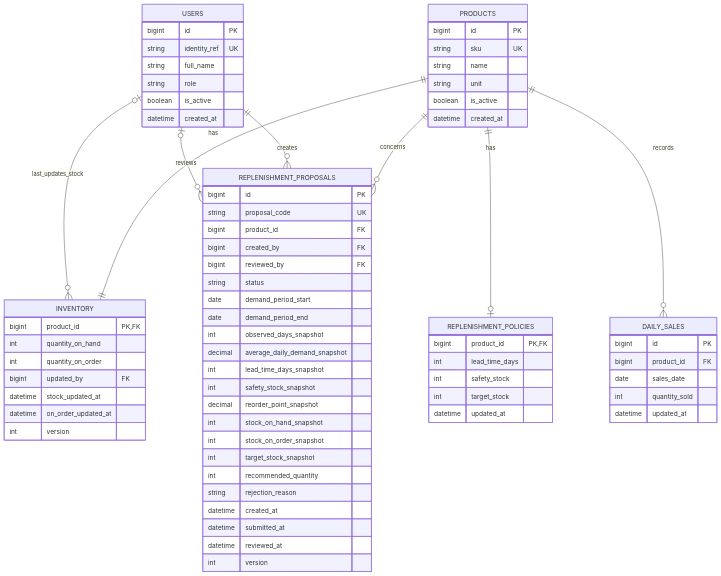
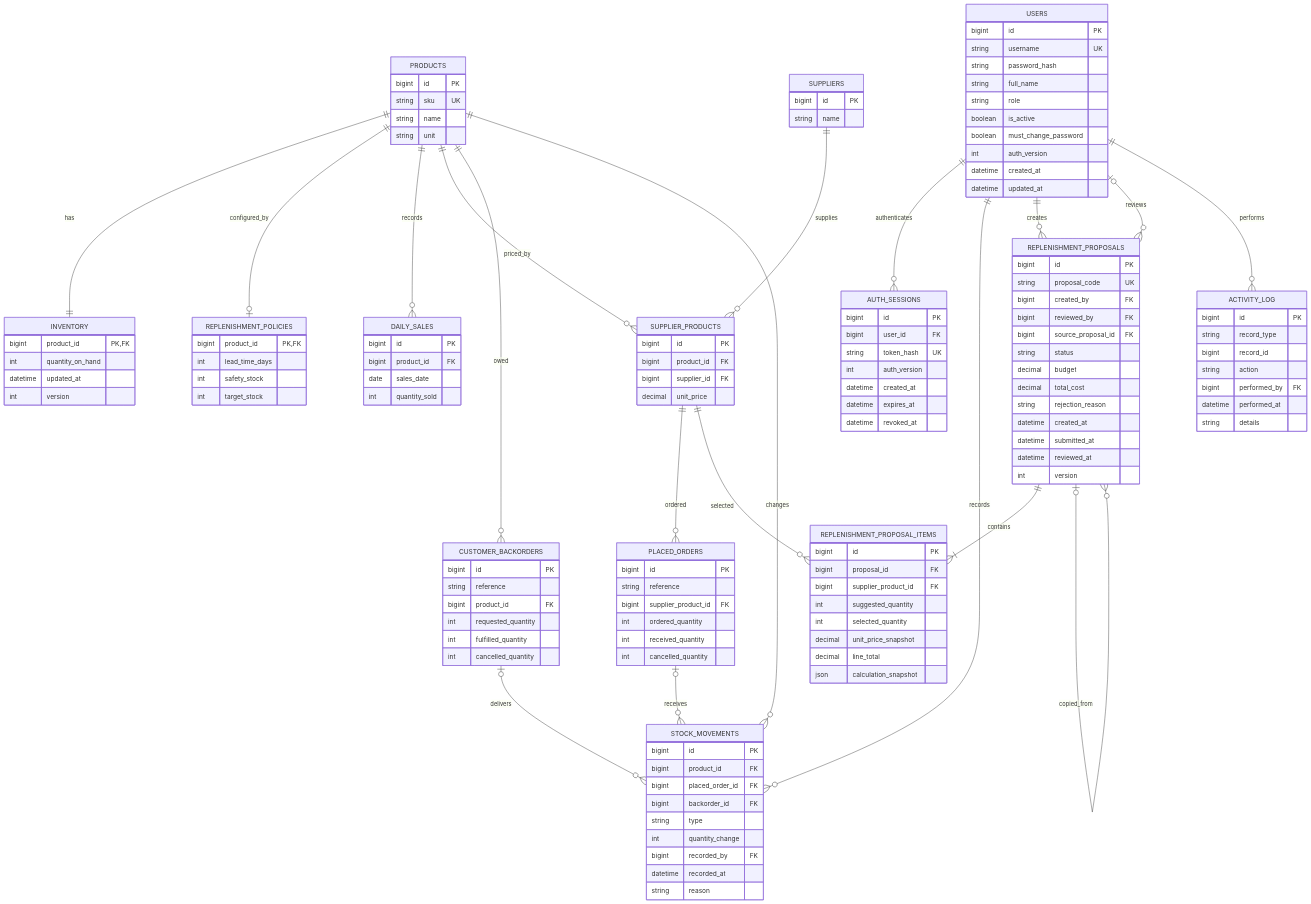
The diagram in docs/database/DATABASE_DESIGN.md (Hoang-H-Nguyen/Inventory-Management), drawn with Mermaid before and after one commit. The commit also changed other lines of this file and 57 other files, not shown here.

Commit message:
feat: update project requirements, us, information architecture, ui/ux, etc. add c4 architecture

````diff
--- a/docs/database/DATABASE_DESIGN.md
+++ b/docs/database/DATABASE_DESIGN.md
@@ -26,79 +37,138 @@
-```mermaid
+~~~mermaid
 erDiagram
     USERS {
         bigint id PK
-        string identity_ref UK
+        string username UK
+        string password_hash
         string full_name
         string role
         boolean is_active
+        boolean must_change_password
+        int auth_version
         datetime created_at
+        datetime updated_at
     }
-
+    AUTH_SESSIONS {
+        bigint id PK
+        bigint user_id FK
+        string token_hash UK
+        int auth_version
+        datetime created_at
+        datetime expires_at
+        datetime revoked_at
+    }
     PRODUCTS {
         bigint id PK
         string sku UK
         string name
         string unit
-        boolean is_active
-        datetime created_at
     }
-
     INVENTORY {
         bigint product_id PK, FK
         int quantity_on_hand
-        int quantity_on_order
-        bigint updated_by FK
-        datetime stock_updated_at
-        datetime on_order_updated_at
+        datetime updated_at
         int version
     }
-
     REPLENISHMENT_POLICIES {
         bigint product_id PK, FK
         int lead_time_days
         int safety_stock
         int target_stock
-        datetime updated_at
     }
-
     DAILY_SALES {
         bigint id PK
         bigint product_id FK
         date sales_date
         int quantity_sold
-        datetime updated_at
     }
-
+    SUPPLIERS {
+        bigint id PK
+        string name
+    }
+    SUPPLIER_PRODUCTS {
+        bigint id PK
+        bigint product_id FK
+        bigint supplier_id FK
+        decimal unit_price
+    }
+    PLACED_ORDERS {
+        bigint id PK
+        string reference
+        bigint supplier_product_id FK
+        int ordered_quantity
+        int received_quantity
+        int cancelled_quantity
+    }
+    CUSTOMER_BACKORDERS {
+        bigint id PK
+        string reference
+        bigint product_id FK
+        int requested_quantity
+        int fulfilled_quantity
+        int cancelled_quantity
+    }
+    STOCK_MOVEMENTS {
+        bigint id PK
+        bigint product_id FK
+        bigint placed_order_id FK
+        bigint backorder_id FK
+        string type
+        int quantity_change
+        bigint recorded_by FK
+        datetime recorded_at
+        string reason
+    }
     REPLENISHMENT_PROPOSALS {
         bigint id PK
         string proposal_code UK
-        bigint product_id FK
         bigint created_by FK
         bigint reviewed_by FK
+        bigint source_proposal_id FK
         string status
-        date demand_period_start
-        date demand_period_end
-        int observed_days_snapshot
-        decimal average_daily_demand_snapshot
-        int lead_time_days_snapshot
-        int safety_stock_snapshot
-        decimal reorder_point_snapshot
-        int stock_on_hand_snapshot
-        int stock_on_order_snapshot
-        int target_stock_snapshot
-        int recommended_quantity
+        decimal budget
+        decimal total_cost
         string rejection_reason
         datetime created_at
         datetime submitted_at
         datetime reviewed_at
         int version
     }
+    REPLENISHMENT_PROPOSAL_ITEMS {
+        bigint id PK
+        bigint proposal_id FK
+        bigint supplier_product_id FK
+        int suggested_quantity
+        int selected_quantity
+        decimal unit_price_snapshot
+        decimal line_total
+        json calculation_snapshot
+    }
+    ACTIVITY_LOG {
+        bigint id PK
+        string record_type
+        bigint record_id
+        string action
+        bigint performed_by FK
+        datetime performed_at
+        string details
+    }
 
     PRODUCTS ||--|| INVENTORY : has
-    PRODUCTS ||--o| REPLENISHMENT_POLICIES : has
+    PRODUCTS ||--o| REPLENISHMENT_POLICIES : configured_by
     PRODUCTS ||--o{ DAILY_SALES : records
-    PRODUCTS ||--o{ REPLENISHMENT_PROPOSALS : concerns
-    USERS o|--o{ INVENTORY : last_updates_stock
+    PRODUCTS ||--o{ SUPPLIER_PRODUCTS : priced_by
+    SUPPLIERS ||--o{ SUPPLIER_PRODUCTS : supplies
+    SUPPLIER_PRODUCTS ||--o{ PLACED_ORDERS : ordered
+    PRODUCTS ||--o{ CUSTOMER_BACKORDERS : owed
+    PRODUCTS ||--o{ STOCK_MOVEMENTS : changes
+    PLACED_ORDERS o|--o{ STOCK_MOVEMENTS : receives
+    CUSTOMER_BACKORDERS o|--o{ STOCK_MOVEMENTS : delivers
+    USERS ||--o{ AUTH_SESSIONS : authenticates
+    USERS ||--o{ STOCK_MOVEMENTS : records
     USERS ||--o{ REPLENISHMENT_PROPOSALS : creates
     USERS o|--o{ REPLENISHMENT_PROPOSALS : reviews
-```
+    REPLENISHMENT_PROPOSALS ||--|{ REPLENISHMENT_PROPOSAL_ITEMS : contains
+    SUPPLIER_PRODUCTS ||--o{ REPLENISHMENT_PROPOSAL_ITEMS : selected
+    REPLENISHMENT_PROPOSALS o|--o{ REPLENISHMENT_PROPOSALS : copied_from
+    USERS ||--o{ ACTIVITY_LOG : performs
+~~~
````
